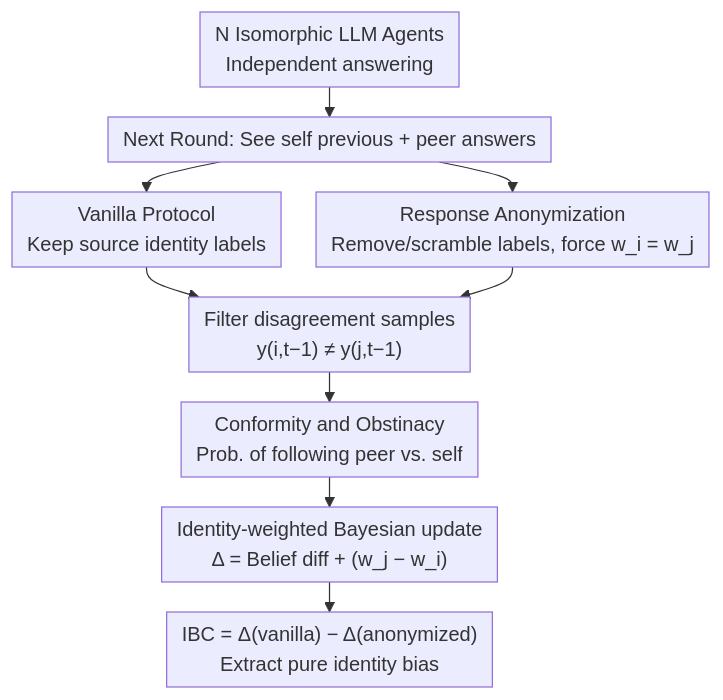
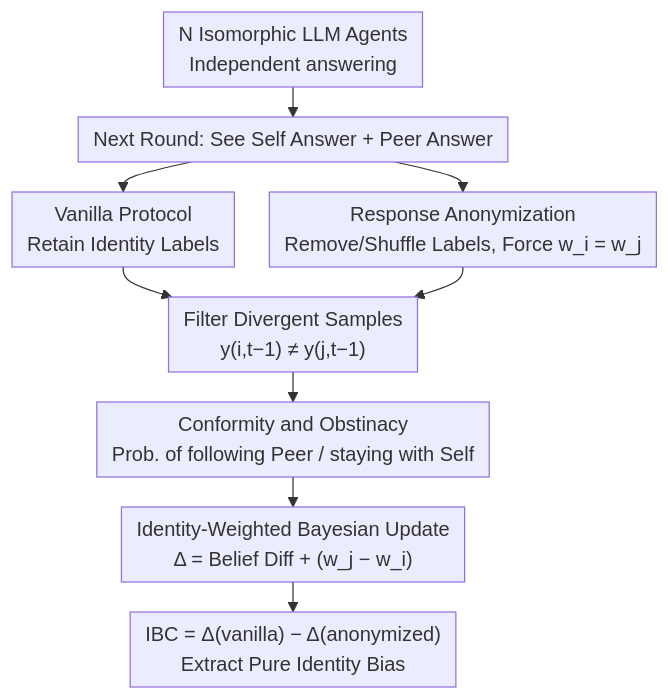
Before and after one commit to zhaoyang97/Paper-Notes-en: the diagram in docs/ACL2026/multi_agent/when_identity_skews_debate_anonymization_for_bias-reduced_multi-agent_reasoning.md, drawn with Mermaid. The commit also changed other lines of this file and 5084 other files, not shown here.

````diff
--- a/docs/ACL2026/multi_agent/when_identity_skews_debate_anonymization_for_bias-reduced_multi-agent_reasoning.md
+++ b/docs/ACL2026/multi_agent/when_identity_skews_debate_anonymization_for_bias-reduced_multi-agent_reasoning.md
@@ -45,12 +45,12 @@
 ```mermaid
 %%{init: {'flowchart': {'rankSpacing': 24, 'nodeSpacing': 28, 'padding': 6, 'wrappingWidth': 400}}}%%
 flowchart TD
-    A["N Isomorphic LLM Agents<br/>Independent answering"] --> B["Next Round: See self previous + peer answers"]
-    B --> P1["Vanilla Protocol<br/>Keep source identity labels"]
-    B --> P2["Response Anonymization<br/>Remove/scramble labels, force w_i = w_j"]
-    P1 --> C["Filter disagreement samples<br/>y(i,t−1) ≠ y(j,t−1)"]
+    A["N Isomorphic LLM Agents<br/>Independent answering"] --> B["Next Round: See Self Answer + Peer Answer"]
+    B --> P1["Vanilla Protocol<br/>Retain Identity Labels"]
+    B --> P2["Response Anonymization<br/>Remove/Shuffle Labels, Force w_i = w_j"]
+    P1 --> C["Filter Divergent Samples<br/>y(i,t−1) ≠ y(j,t−1)"]
     P2 --> C
-    C --> D["Conformity and Obstinacy<br/>Prob. of following peer vs. self"]
-    D --> E["Identity-weighted Bayesian update<br/>Δ = Belief diff + (w_j − w_i)"]
-    E --> F["IBC = Δ(vanilla) − Δ(anonymized)<br/>Extract pure identity bias"]
+    C --> D["Conformity and Obstinacy<br/>Prob. of following Peer / staying with Self"]
+    D --> E["Identity-Weighted Bayesian Update<br/>Δ = Belief Diff + (w_j − w_i)"]
+    E --> F["IBC = Δ(vanilla) − Δ(anonymized)<br/>Extract Pure Identity Bias"]
 ```
````
